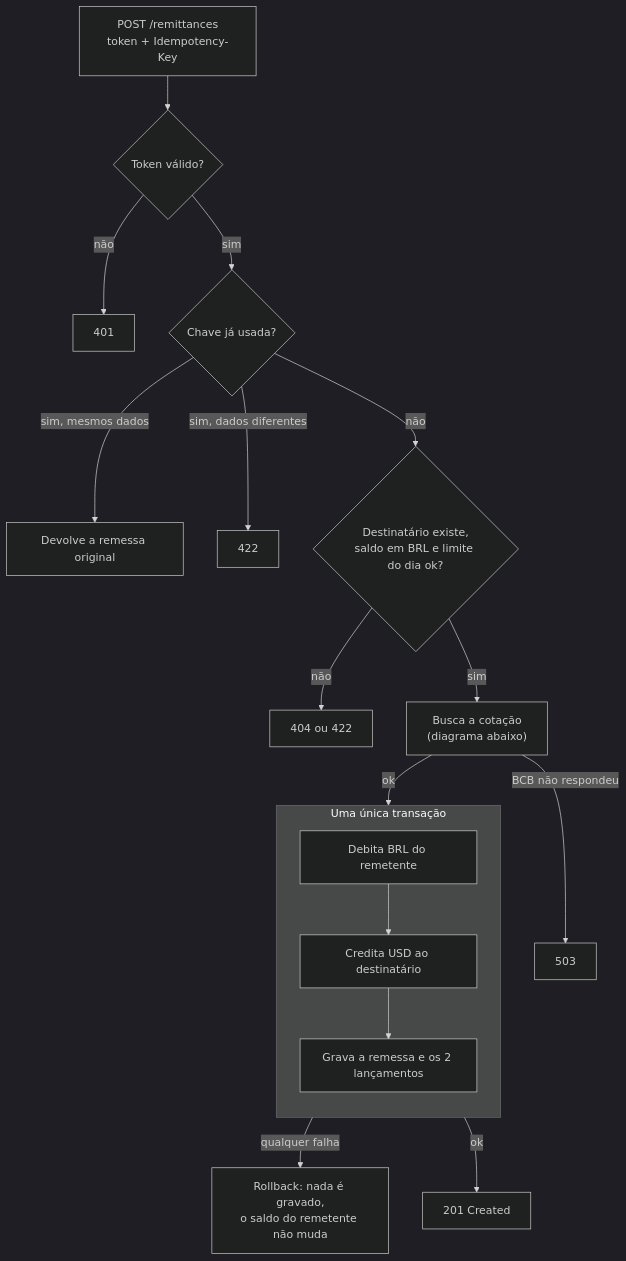
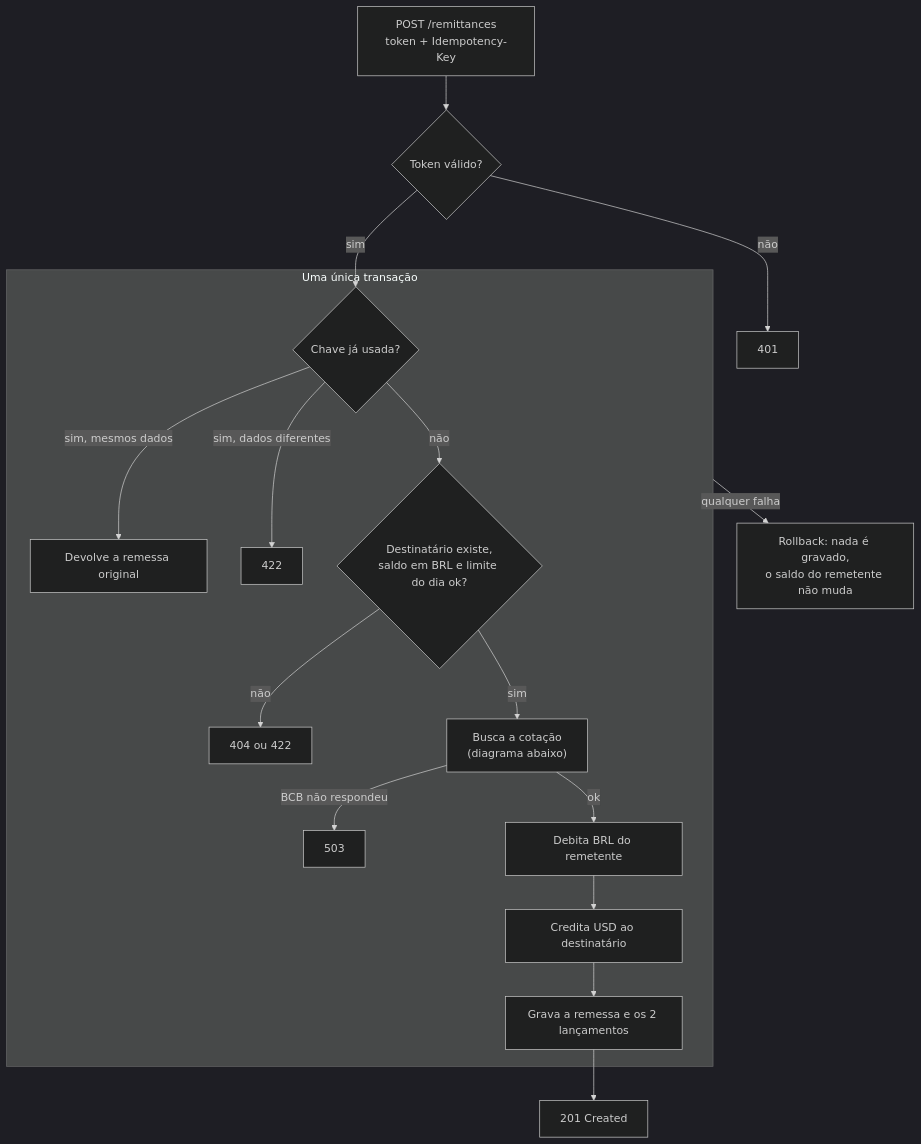
Before and after one commit to guilhermeverissimo14/cross-border-api: the second of 4 diagrams in README.md, drawn with Mermaid (dark theme). The commit also changed other lines of this file, not shown here.

Commit message:
docs: fix the remittance diagram transaction boundary and map the challenge differentials

````diff
--- a/README.md
+++ b/README.md
@@ -133,19 +133,20 @@
 ```mermaid
 flowchart TD
     A["POST /remittances<br/>token + Idempotency-Key"] --> B{"Token válido?"}
     B -- não --> E1["401"]
-    B -- sim --> C{"Chave já usada?"}
-    C -- "sim, mesmos dados" --> R1["Devolve a remessa original"]
-    C -- "sim, dados diferentes" --> E2["422"]
-    C -- não --> D{"Destinatário existe,<br/>saldo em BRL e limite do dia ok?"}
-    D -- não --> E3["404 ou 422"]
-    D -- sim --> Q["Busca a cotação<br/>(diagrama abaixo)"]
-    Q -- "BCB não respondeu" --> E4["503"]
-    Q -- ok --> T
+    B -- sim --> C
     subgraph T["Uma única transação"]
-        direction TB
-        T1["Debita BRL do remetente"] --> T2["Credita USD ao destinatário"] --> T3["Grava a remessa e os 2 lançamentos"]
+        C{"Chave já usada?"}
+        C -- "sim, mesmos dados" --> R1["Devolve a remessa original"]
+        C -- "sim, dados diferentes" --> E2["422"]
+        C -- não --> D{"Destinatário existe,<br/>saldo em BRL e limite do dia ok?"}
+        D -- não --> E3["404 ou 422"]
+        D -- sim --> Q["Busca a cotação<br/>(diagrama abaixo)"]
+        Q -- "BCB não respondeu" --> E4["503"]
+        Q -- ok --> W1["Debita BRL do remetente"]
+        W1 --> W2["Credita USD ao destinatário"]
+        W2 --> W3["Grava a remessa e os 2 lançamentos"]
     end
+    W3 --> OK["201 Created"]
     T -- "qualquer falha" --> RB["Rollback: nada é gravado,<br/>o saldo do remetente não muda"]
-    T -- ok --> OK["201 Created"]
 ```
````
